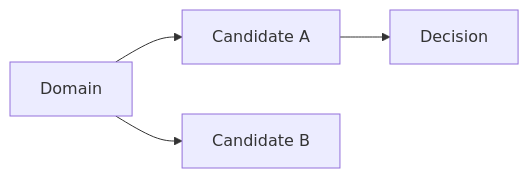
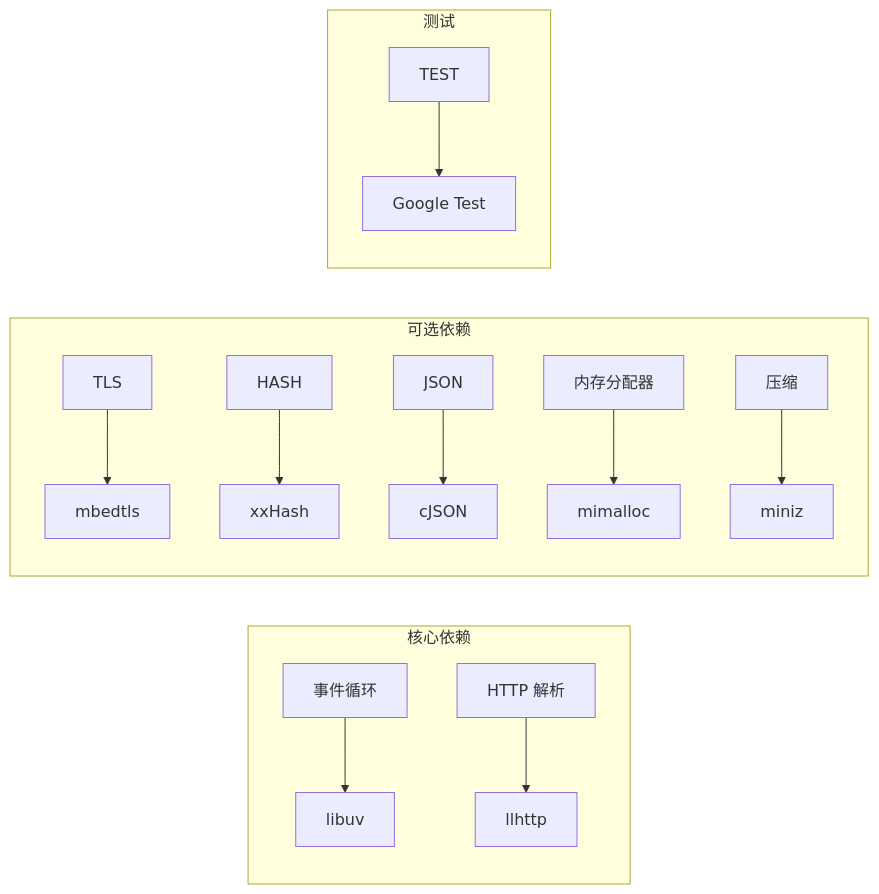
Before and after one commit to adam-ikari/uvhttp: the diagram in brain/stack.md, drawn with Mermaid. The commit also changed other lines of this file and 16 other files, not shown here.

````diff
--- a/brain/stack.md
+++ b/brain/stack.md
@@ -16,6 +25,17 @@
 ```mermaid
 graph LR
-  D[Domain] --> C1[Candidate A]
-  D --> C2[Candidate B]
-  C1 --> P[Decision]
+  subgraph 核心依赖
+    EV[事件循环] --> libuv
+    HP[HTTP 解析] --> llhttp
+  end
+  subgraph 可选依赖
+    TLS --> mbedtls
+    HASH --> xxHash
+    JSON --> cJSON
+    MEM[内存分配器] --> mimalloc
+    COMP[压缩] --> miniz
+  end
+  subgraph 测试
+    TEST --> gtest[Google Test]
+  end
 ```
````
